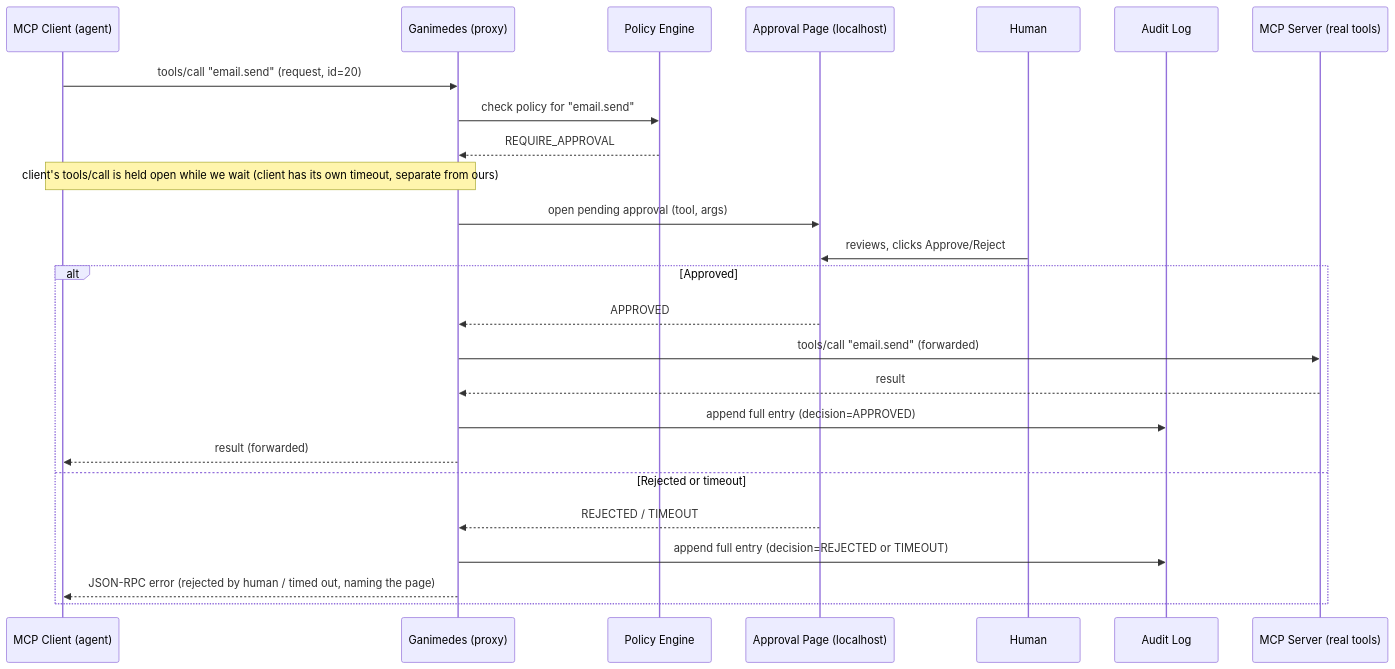
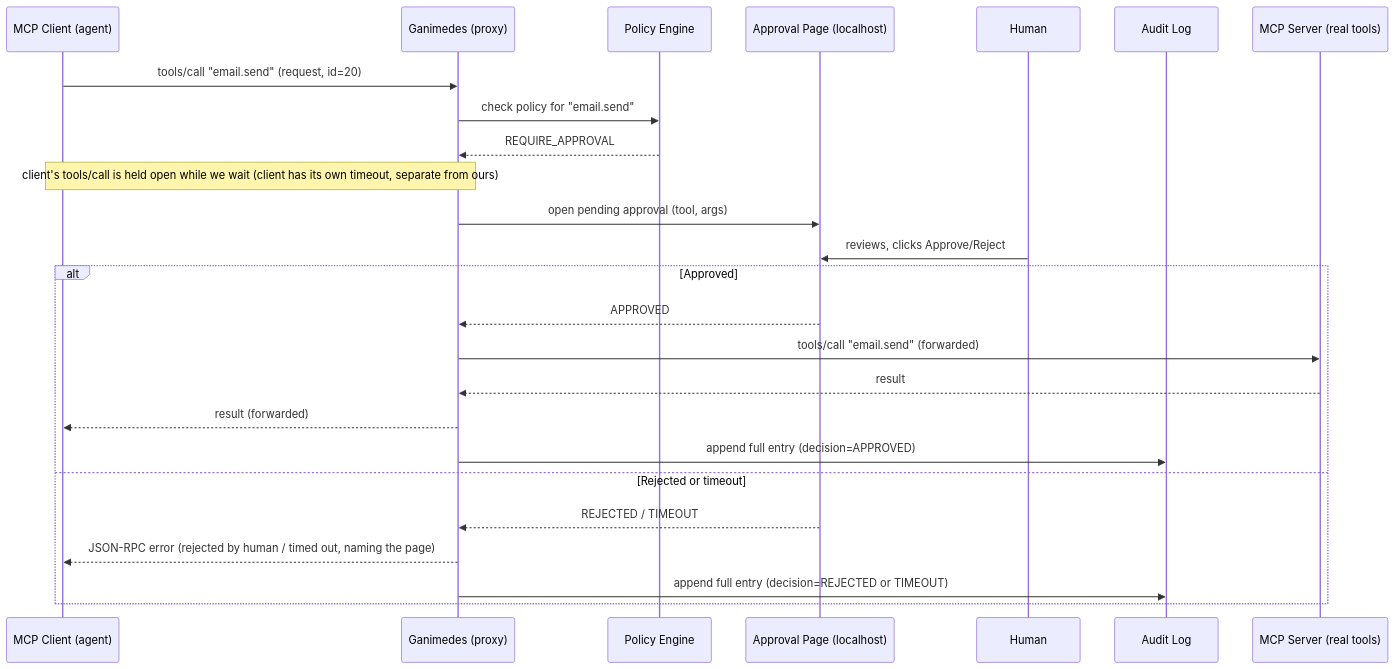
Before and after one commit to Jegoba90/Ganimedes-Project: the fourth of 4 diagrams in docs/SEQUENCES.md, drawn with Mermaid. The commit also changed other lines of this file and 12 other files, not shown here.

````diff
--- a/docs/SEQUENCES.md
+++ b/docs/SEQUENCES.md
@@ -106,29 +114,29 @@
 ```mermaid
 sequenceDiagram
     participant C as MCP Client (agent)
     participant G as Ganimedes (proxy)
     participant P as Policy Engine
     participant H as Approval Page (localhost)
     participant U as Human
     participant A as Audit Log
     participant S as MCP Server (real tools)
 
     C->>G: tools/call "email.send" (request, id=20)
     G->>P: check policy for "email.send"
     P-->>G: REQUIRE_APPROVAL
     Note over C,G: client's tools/call is held open while we wait (client has its own timeout, separate from ours)
     G->>H: open pending approval (tool, args)
     U->>H: reviews, clicks Approve/Reject
 
     alt Approved
         H-->>G: APPROVED
         G->>S: tools/call "email.send" (forwarded)
         S-->>G: result
+        G-->>C: result (forwarded)
         G->>A: append full entry (decision=APPROVED)
-        G-->>C: result (forwarded)
     else Rejected or timeout
         H-->>G: REJECTED / TIMEOUT
+        G-->>C: JSON-RPC error (rejected by human / timed out, naming the page)
         G->>A: append full entry (decision=REJECTED or TIMEOUT)
-        G-->>C: JSON-RPC error (rejected by human / timed out, naming the page)
     end
 ```
````
